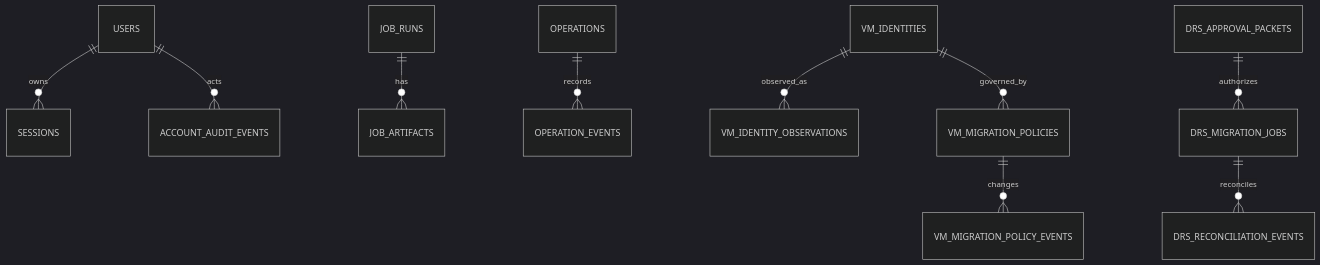
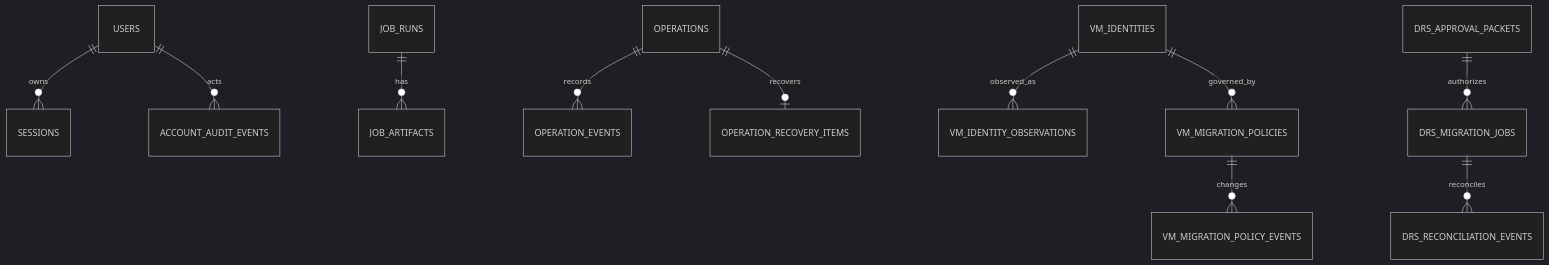
One commit to CodingPenguin-yoon/Gjallar changed the diagram in project-docs/database/current-schema-and-ownership.md. Above: the diagram before and after it, drawn with Mermaid (dark theme). The commit also changed other lines of this file and 78 other files, not shown here.

````diff
--- a/project-docs/database/current-schema-and-ownership.md
+++ b/project-docs/database/current-schema-and-ownership.md
@@ -39,12 +40,13 @@
 ```mermaid
 erDiagram
     USERS ||--o{ SESSIONS : owns
     USERS ||--o{ ACCOUNT_AUDIT_EVENTS : acts
     JOB_RUNS ||--o{ JOB_ARTIFACTS : has
     OPERATIONS ||--o{ OPERATION_EVENTS : records
+    OPERATIONS ||--o| OPERATION_RECOVERY_ITEMS : recovers
     VM_IDENTITIES ||--o{ VM_IDENTITY_OBSERVATIONS : observed_as
     VM_IDENTITIES ||--o{ VM_MIGRATION_POLICIES : governed_by
     VM_MIGRATION_POLICIES ||--o{ VM_MIGRATION_POLICY_EVENTS : changes
     DRS_APPROVAL_PACKETS ||--o{ DRS_MIGRATION_JOBS : authorizes
     DRS_MIGRATION_JOBS ||--o{ DRS_RECONCILIATION_EVENTS : reconciles
 ```
````
